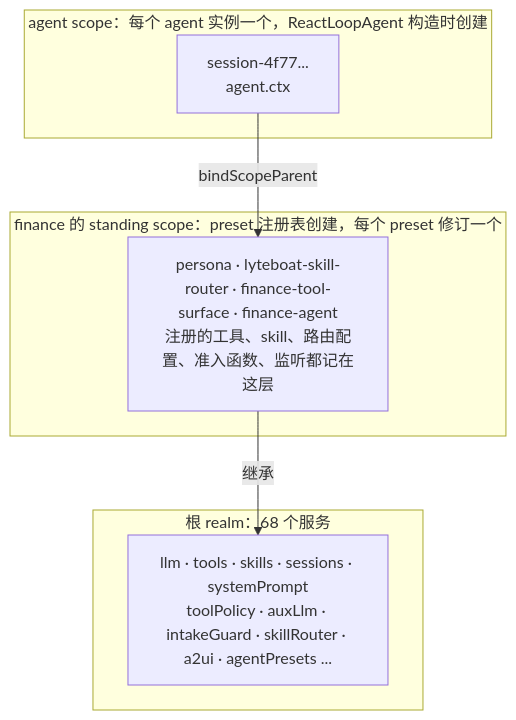
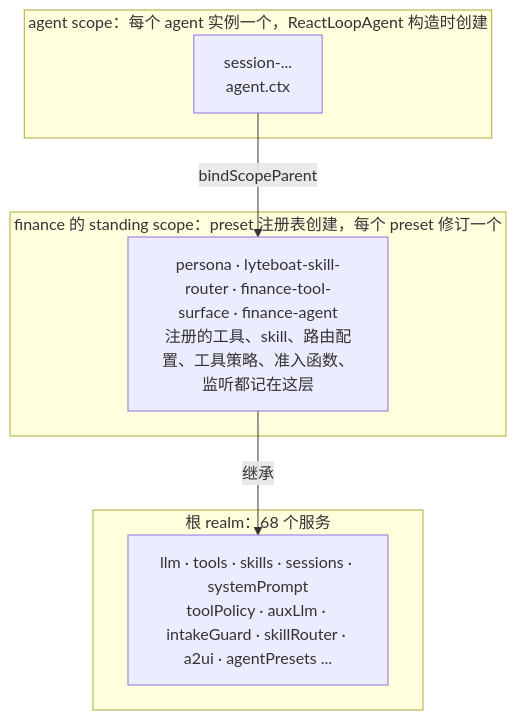
Before and after one commit to lyteboat/boat: the sixth of 11 diagrams in docs/01-architecture.md, drawn with Mermaid. The commit also changed other lines of this file, not shown here.

````diff
--- a/docs/01-architecture.md
+++ b/docs/01-architecture.md
@@ -366,14 +377,14 @@
 ```mermaid
 flowchart TB
   subgraph ROOT["根 realm：68 个服务"]
     rsvc["llm · tools · skills · sessions · systemPrompt<br/>toolPolicy · auxLlm · intakeGuard · skillRouter · a2ui · agentPresets ..."]
   end
   subgraph STAND["finance 的 standing scope：preset 注册表创建，每个 preset 修订一个"]
-    rows["persona · lyteboat-skill-router · finance-tool-surface · finance-agent<br/>注册的工具、skill、路由配置、准入函数、监听都记在这层"]
+    rows["persona · lyteboat-skill-router · finance-tool-surface · finance-agent<br/>注册的工具、skill、路由配置、工具策略、准入函数、监听都记在这层"]
   end
   subgraph AGS["agent scope：每个 agent 实例一个，ReactLoopAgent 构造时创建"]
-    inst["session-4f77...<br/>agent.ctx"]
+    inst["session-...<br/>agent.ctx"]
   end
   inst -->|"bindScopeParent"| rows
   rows -->|"继承"| rsvc
 ```
````
